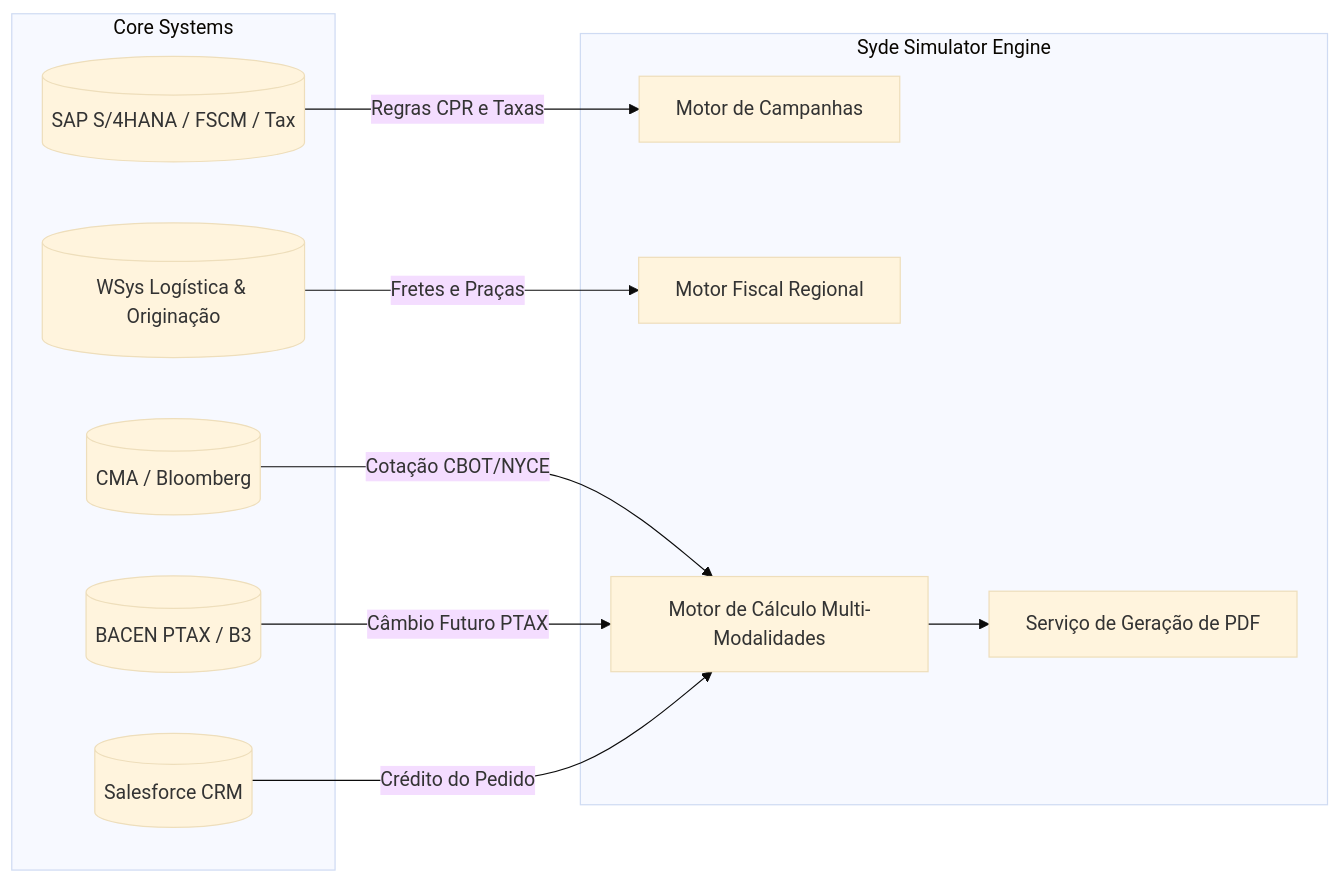
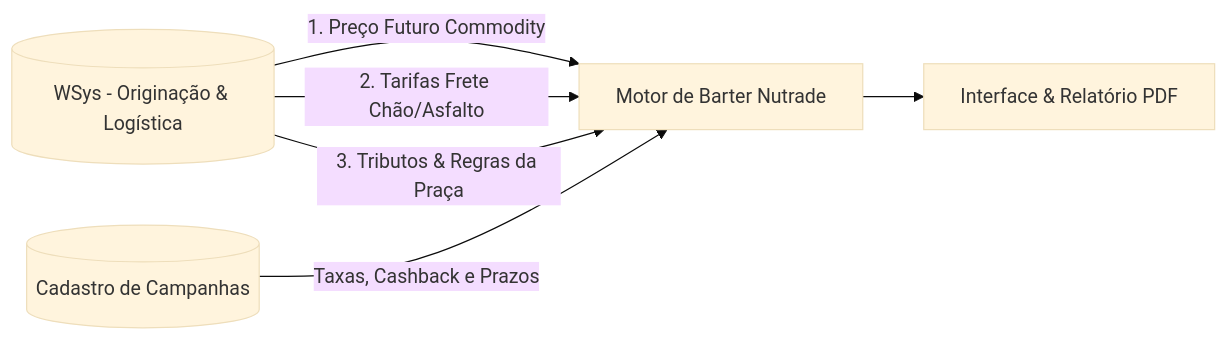
One commit to josuejofre/barter-simulator changed the second of 2 diagrams in PRD_SYDE-31_Simulador_Taxas_Barter_v1.0.md. Above: the diagram before and after it, drawn with Mermaid (base theme). The commit also changed other lines of this file and 1 other file, not shown here.

Commit message:
docs(prd): refina PRD_SYDE-31 com foco em Barter Nutrade, dados WSys e simplificacao de escopo

````diff
--- a/PRD_SYDE-31_Simulador_Taxas_Barter_v1.0.md
+++ b/PRD_SYDE-31_Simulador_Taxas_Barter_v1.0.md
@@ -227,24 +180,8 @@
 ```mermaid
 flowchart LR
-    subgraph Core Systems
-        WSYS[(WSys Logística & Originação)]
-        SAP[(SAP S/4HANA / FSCM / Tax)]
-        SFDC[(Salesforce CRM)]
-        BACEN[(BACEN PTAX / B3)]
-        FEEDS[(CMA / Bloomberg)]
-    end
-    
-    subgraph Syde Simulator Engine
-        CAMP[Motor de Campanhas]
-        TAX[Motor Fiscal Regional]
-        CALC[Motor de Cálculo Multi-Modalidades]
-        PDF[Serviço de Geração de PDF]
-    end
-    
-    WSYS -->|Fretes e Praças| TAX
-    FEEDS -->|Cotação CBOT/NYCE| CALC
-    BACEN -->|Câmbio Futuro PTAX| CALC
-    SAP -->|Regras CPR e Taxas| CAMP
-    SFDC -->|Crédito do Pedido| CALC
-    CALC --> PDF
+    WSYS[(WSys - Originação & Logística)] -->|1. Preço Futuro Commodity| SIM[Motor de Barter Nutrade]
+    WSYS -->|2. Tarifas Frete Chão/Asfalto| SIM
+    WSYS -->|3. Tributos & Regras da Praça| SIM
+    CAMP[(Cadastro de Campanhas)] -->|Taxas, Cashback e Prazos| SIM
+    SIM --> UI[Interface & Relatório PDF]
 ```
````
